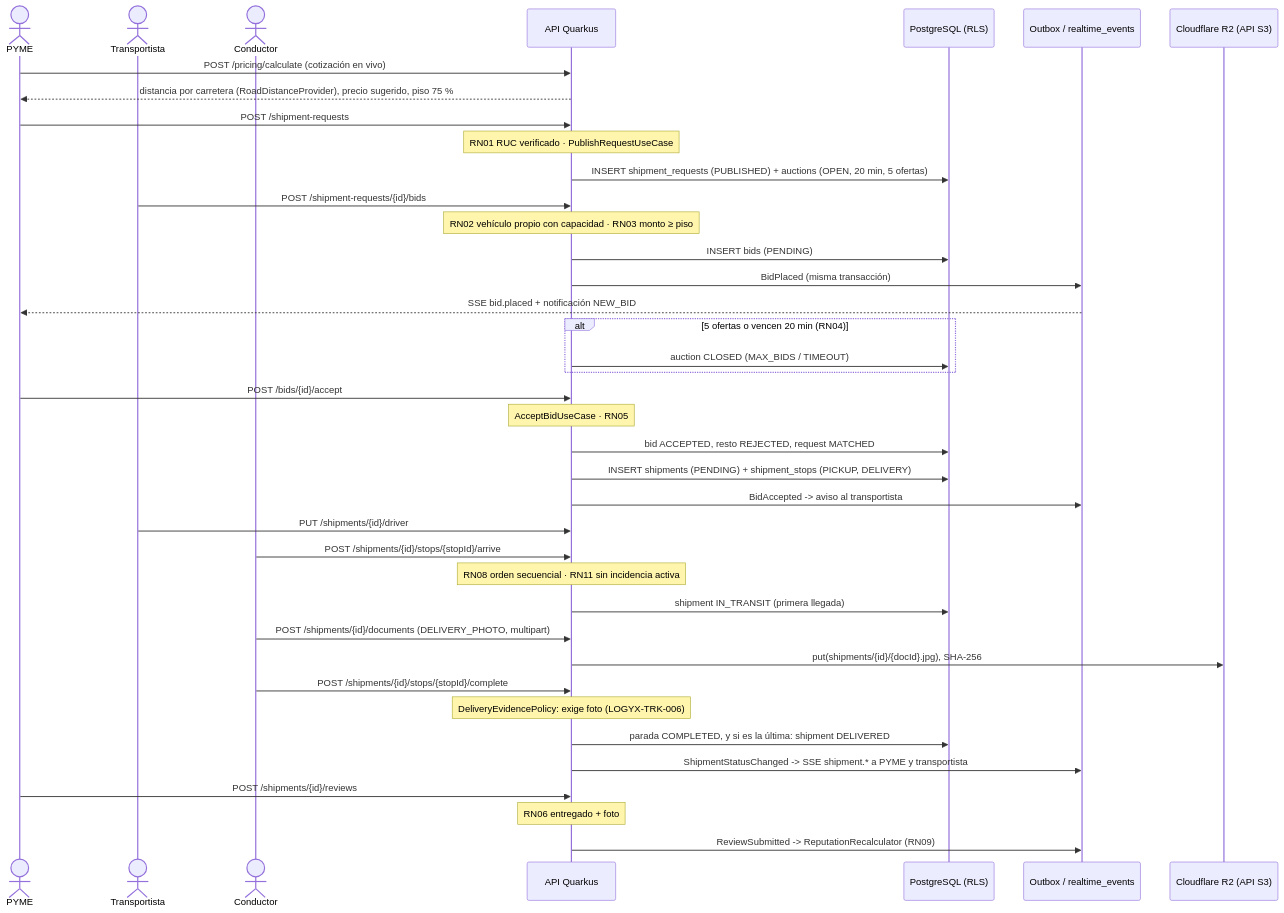
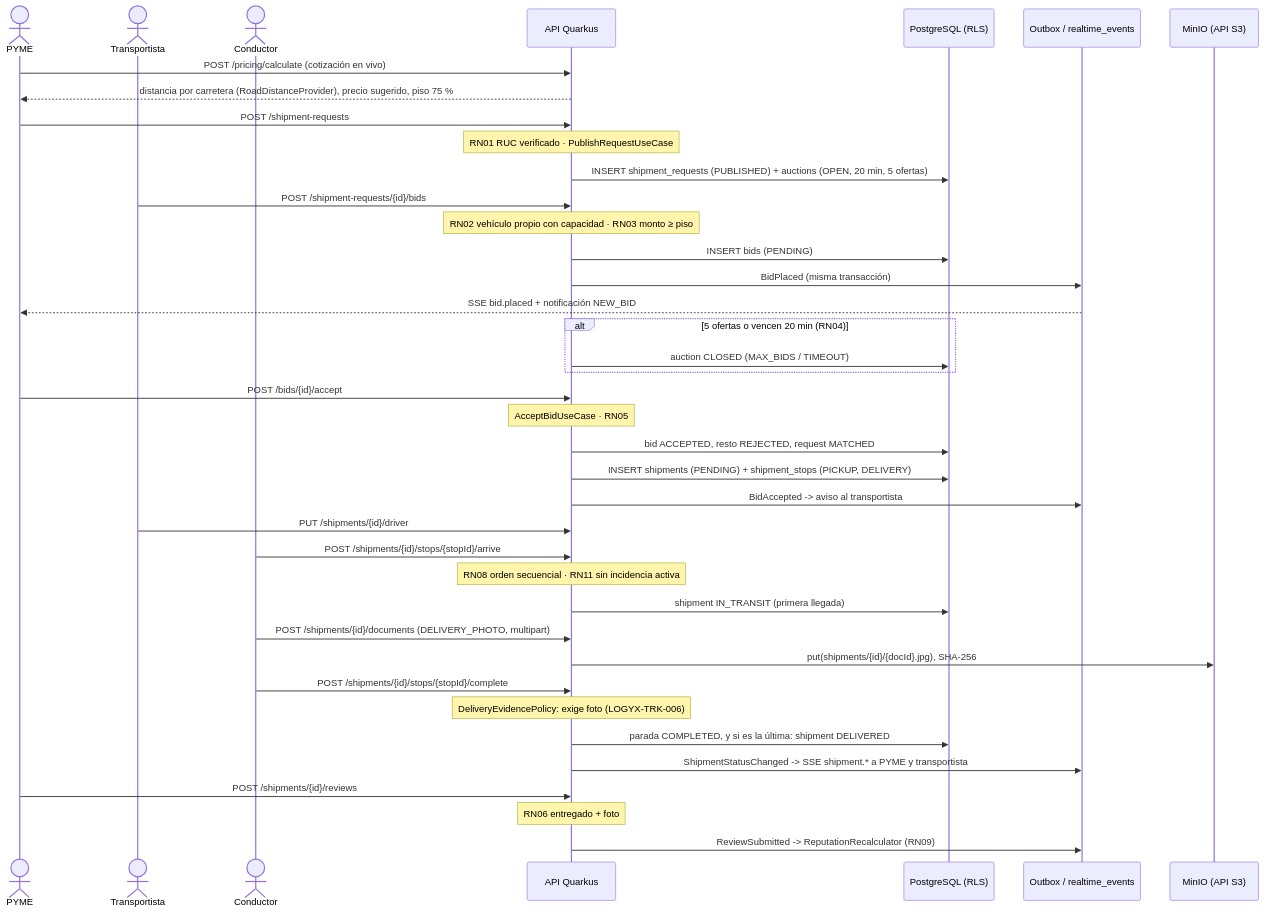
One commit to TheReeds/ProyectoEPE-LOGYX changed the fifth of 14 diagrams in docs/software/entregable-1/uml.md. Above: the diagram before and after it, drawn with Mermaid. The commit also changed other lines of this file and 28 other files, not shown here.

````diff
--- a/docs/software/entregable-1/uml.md
+++ b/docs/software/entregable-1/uml.md
@@ -298,47 +298,47 @@
 ```mermaid
 sequenceDiagram
   actor PYME
   actor CAR as Transportista
   actor DRV as Conductor
   participant API as API Quarkus
   participant DB as PostgreSQL (RLS)
   participant OB as Outbox / realtime_events
-  participant S3 as Cloudflare R2 (API S3)
+  participant S3 as MinIO (API S3)
 
   PYME->>API: POST /pricing/calculate (cotización en vivo)
   API-->>PYME: distancia por carretera (RoadDistanceProvider), precio sugerido, piso 75 %
   PYME->>API: POST /shipment-requests
   Note over API: RN01 RUC verificado · PublishRequestUseCase
   API->>DB: INSERT shipment_requests (PUBLISHED) + auctions (OPEN, 20 min, 5 ofertas)
 
   CAR->>API: POST /shipment-requests/{id}/bids
   Note over API: RN02 vehículo propio con capacidad · RN03 monto ≥ piso
   API->>DB: INSERT bids (PENDING)
   API->>OB: BidPlaced (misma transacción)
   OB-->>PYME: SSE bid.placed + notificación NEW_BID
 
   alt 5 ofertas o vencen 20 min (RN04)
     API->>DB: auction CLOSED (MAX_BIDS / TIMEOUT)
   end
 
   PYME->>API: POST /bids/{id}/accept
   Note over API: AcceptBidUseCase · RN05
   API->>DB: bid ACCEPTED, resto REJECTED, request MATCHED
   API->>DB: INSERT shipments (PENDING) + shipment_stops (PICKUP, DELIVERY)
   API->>OB: BidAccepted -> aviso al transportista
 
   CAR->>API: PUT /shipments/{id}/driver
   DRV->>API: POST /shipments/{id}/stops/{stopId}/arrive
   Note over API: RN08 orden secuencial · RN11 sin incidencia activa
   API->>DB: shipment IN_TRANSIT (primera llegada)
   DRV->>API: POST /shipments/{id}/documents (DELIVERY_PHOTO, multipart)
   API->>S3: put(shipments/{id}/{docId}.jpg), SHA-256
   DRV->>API: POST /shipments/{id}/stops/{stopId}/complete
   Note over API: DeliveryEvidencePolicy: exige foto (LOGYX-TRK-006)
   API->>DB: parada COMPLETED, y si es la última: shipment DELIVERED
   API->>OB: ShipmentStatusChanged -> SSE shipment.* a PYME y transportista
 
   PYME->>API: POST /shipments/{id}/reviews
   Note over API: RN06 entregado + foto
   API->>OB: ReviewSubmitted -> ReputationRecalculator (RN09)
 ```
````
